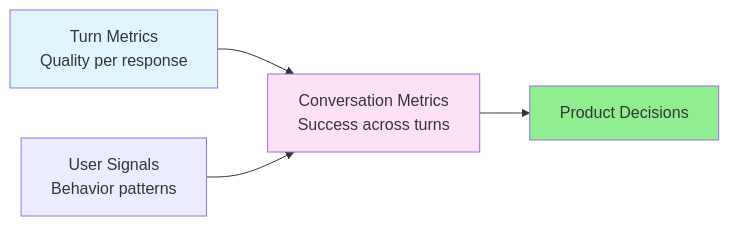
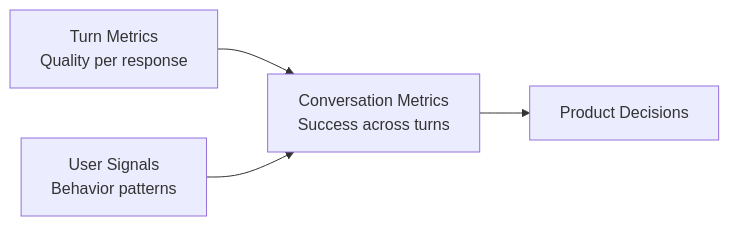
The second of 2 diagrams in docs/writing/posts/agent-metrics-for-engineers.md (NirantK/nirantk.github.io), drawn with Mermaid before and after one commit.

Commit message:
docs: remove styling from diagram in agent metrics guide for cleaner presentation

````diff
--- a/docs/writing/posts/agent-metrics-for-engineers.md
+++ b/docs/writing/posts/agent-metrics-for-engineers.md
@@ -192,14 +192,10 @@
 ```mermaid
 graph LR
     Turn[Turn Metrics<br/>Quality per response]
     Conv[Conversation Metrics<br/>Success across turns]
     Signals[User Signals<br/>Behavior patterns]
 
     Turn --> Conv
     Signals --> Conv
     Conv --> Insights[Product Decisions]
-
-    style Turn fill:#e1f5ff
-    style Conv fill:#ffe1f5
-    style Insights fill:#90EE90
 ```
````
